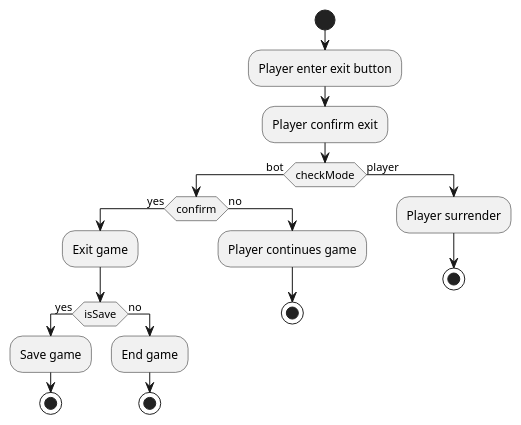
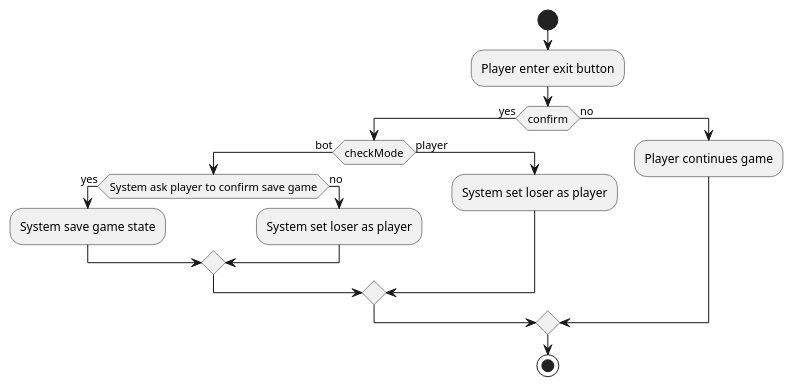
Before and after one commit to nthanq2505/PlantUML-for-ChessGame: the diagram in activities/playerExitGame.pu, drawn with PlantUML. The commit also changed 13 other files, not shown here.

```diff
--- a/activities/playerExitGame.pu
+++ b/activities/playerExitGame.pu
@@ -1,26 +1,20 @@
 @startuml
 
 start
 :Player enter exit button;
-:Player confirm exit;
-if (checkMode) then (bot)
-    if (confirm) then (yes)
-        :Exit game;
-        if (isSave) then (yes)
-            :Save game;
-            stop
+if (confirm) then (yes)
+    if (checkMode) then (bot)
+        if (System ask player to confirm save game) then (yes)
+            :System save game state;
         else (no)
-            :End game;
-            stop
+            :System set loser as player;
         endif
-    else (no)
-        :Player continues game; 
-        stop
+    else (player)
+        :System set loser as player;
     endif
-    
-else (player)
-    :Player surrender;
-    stop
+else (no)
+    :Player continues game;
 endif
+stop
 
 @enduml
```
